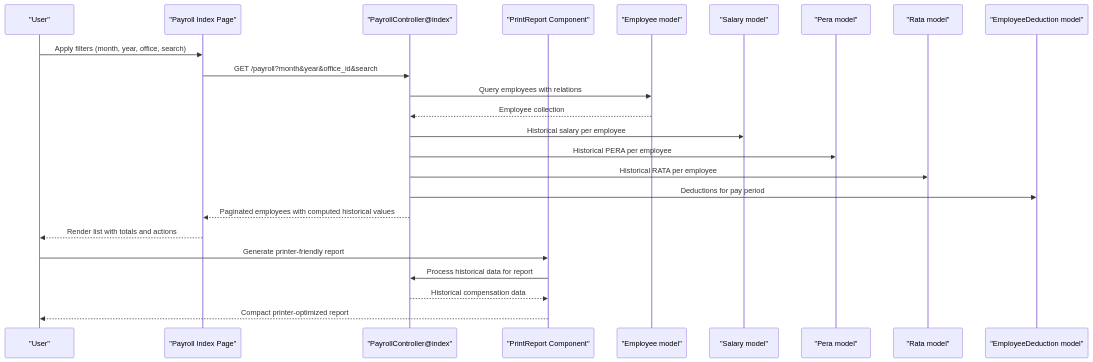
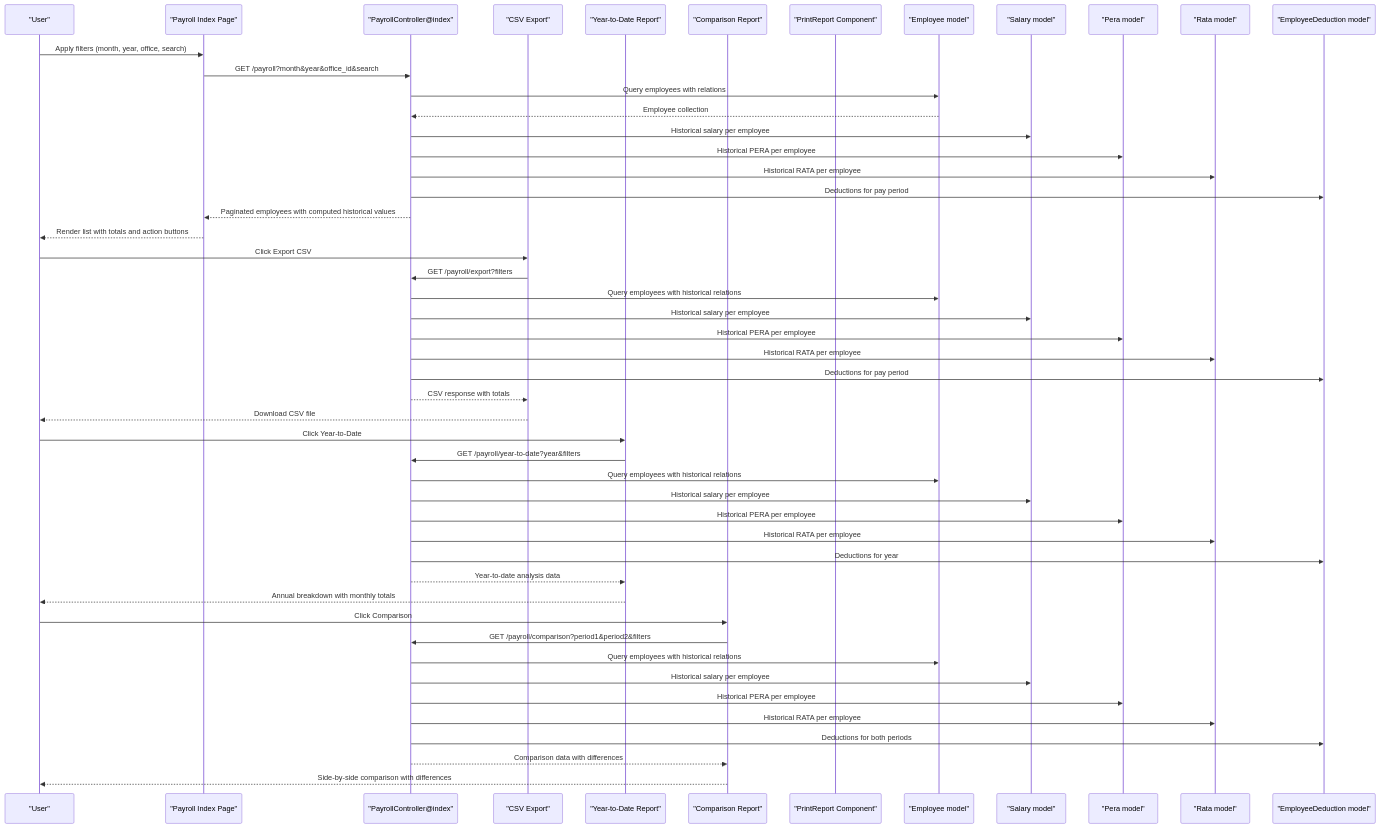
The second of 21 diagrams in .qoder/repowiki/en/content/Payroll System/Payroll Reports & Analytics.md (vincet0t15/template), drawn with Mermaid before and after one commit. The commit also changed other lines of this file and 6 other files, not shown here.

````diff
--- a/.qoder/repowiki/en/content/Payroll System/Payroll Reports & Analytics.md
+++ b/.qoder/repowiki/en/content/Payroll System/Payroll Reports & Analytics.md
@@ -118,26 +143,52 @@
 ```mermaid
 sequenceDiagram
 participant U as "User"
 participant IDX as "Payroll Index Page"
 participant CTRL as "PayrollController@index"
+participant EXP as "CSV Export"
+participant YTD as "Year-to-Date Report"
+participant CMP as "Comparison Report"
 participant PR as "PrintReport Component"
 participant EMP as "Employee model"
 participant SAL as "Salary model"
 participant PER as "Pera model"
 participant RAT as "Rata model"
 participant DED as "EmployeeDeduction model"
 U->>IDX : Apply filters (month, year, office, search)
 IDX->>CTRL : GET /payroll?month&year&office_id&search
 CTRL->>EMP : Query employees with relations
 EMP-->>CTRL : Employee collection
 CTRL->>SAL : Historical salary per employee
 CTRL->>PER : Historical PERA per employee
 CTRL->>RAT : Historical RATA per employee
 CTRL->>DED : Deductions for pay period
 CTRL-->>IDX : Paginated employees with computed historical values
-IDX-->>U : Render list with totals and actions
-U->>PR : Generate printer-friendly report
-PR->>CTRL : Process historical data for report
-CTRL-->>PR : Historical compensation data
-PR-->>U : Compact printer-optimized report
+IDX-->>U : Render list with totals and action buttons
+U->>EXP : Click Export CSV
+EXP->>CTRL : GET /payroll/export?filters
+CTRL->>EMP : Query employees with historical relations
+CTRL->>SAL : Historical salary per employee
+CTRL->>PER : Historical PERA per employee
+CTRL->>RAT : Historical RATA per employee
+CTRL->>DED : Deductions for pay period
+CTRL-->>EXP : CSV response with totals
+EXP-->>U : Download CSV file
+U->>YTD : Click Year-to-Date
+YTD->>CTRL : GET /payroll/year-to-date?year&filters
+CTRL->>EMP : Query employees with historical relations
+CTRL->>SAL : Historical salary per employee
+CTRL->>PER : Historical PERA per employee
+CTRL->>RAT : Historical RATA per employee
+CTRL->>DED : Deductions for year
+CTRL-->>YTD : Year-to-date analysis data
+YTD-->>U : Annual breakdown with monthly totals
+U->>CMP : Click Comparison
+CMP->>CTRL : GET /payroll/comparison?period1&period2&filters
+CTRL->>EMP : Query employees with historical relations
+CTRL->>SAL : Historical salary per employee
+CTRL->>PER : Historical PERA per employee
+CTRL->>RAT : Historical RATA per employee
+CTRL->>DED : Deductions for both periods
+CTRL-->>CMP : Comparison data with differences
+CMP-->>U : Side-by-side comparison with differences
 ```
````
